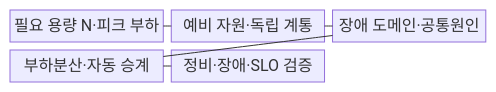
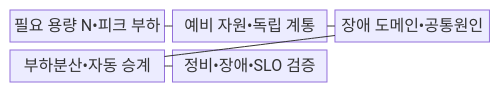
One commit to agnusdei1207/knowledge-base changed the first of 2 diagrams in src/content/docs/notes/06-evaluation/024_redundancy_configuration.md. Above: the diagram before and after it, drawn with Mermaid. The commit also changed other lines of this file and 953 other files, not shown here.

````diff
--- a/src/content/docs/notes/06-evaluation/024_redundancy_configuration.md
+++ b/src/content/docs/notes/06-evaluation/024_redundancy_configuration.md
@@ -69,13 +69,13 @@
 ```mermaid
 block-beta
   columns 3
-  N["필요 용량 N·피크 부하"]
-  R["예비 자원·독립 계통"]
-  F["장애 도메인·공통원인"]
-  C["부하분산·자동 승계"]
-  V["정비·장애·SLO 검증"]
+  N["필요 용량 N•피크 부하"]
+  R["예비 자원•독립 계통"]
+  F["장애 도메인•공통원인"]
+  C["부하분산•자동 승계"]
+  V["정비•장애•SLO 검증"]
   N --- R
   R --- F
   F --- C
   C --- V
 ```
````
